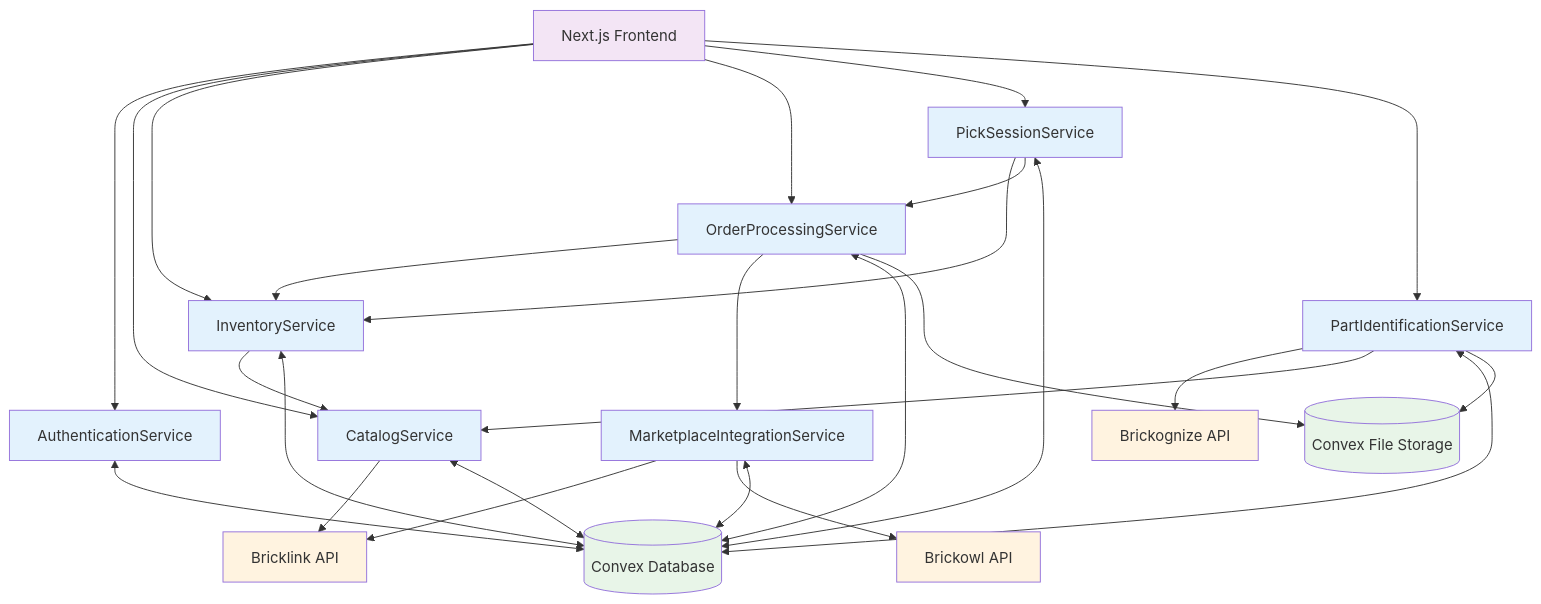
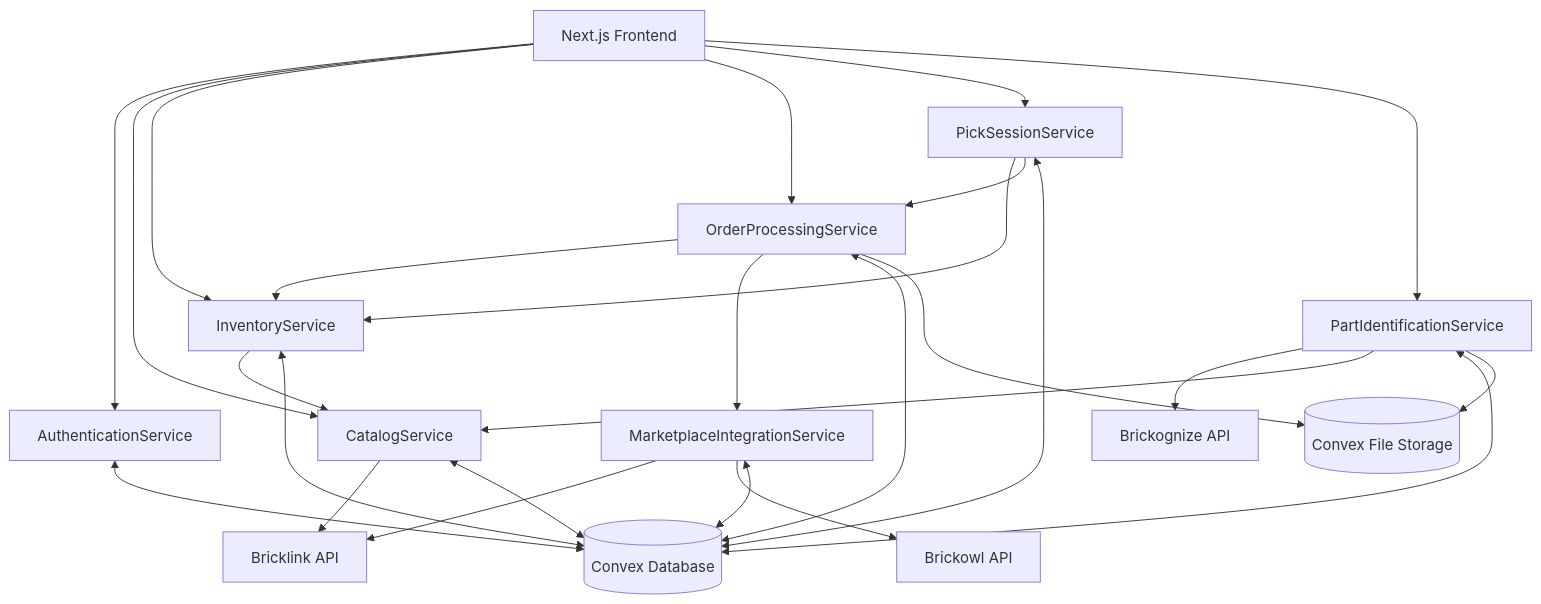
One commit to 1benisin/brickops changed the diagram in docs/architecture/components.md. Above: the diagram before and after it, drawn with Mermaid. The commit also changed other lines of this file and 50 other files, not shown here.

````diff
--- a/docs/architecture/components.md
+++ b/docs/architecture/components.md
@@ -189,66 +41,48 @@
 ```mermaid
 graph TB
-    %% External Systems
     UI[Next.js Frontend]
     BrickognizeAPI[Brickognize API]
     BricklinkAPI[Bricklink API]
     BrickowlAPI[Brickowl API]
 
-    %% Core Services
     AuthService[AuthenticationService]
     CatalogService[CatalogService]
     InventoryService[InventoryService]
     MarketplaceService[MarketplaceIntegrationService]
     OrderService[OrderProcessingService]
     PickService[PickSessionService]
     IdentificationService[PartIdentificationService]
 
-    %% Data Layer
     ConvexDB[(Convex Database)]
     ConvexFiles[(Convex File Storage)]
 
-    %% UI Connections
     UI --> AuthService
     UI --> CatalogService
     UI --> InventoryService
     UI --> OrderService
     UI --> PickService
     UI --> IdentificationService
 
-    %% Service Dependencies
     CatalogService --> BricklinkAPI
     IdentificationService --> BrickognizeAPI
     MarketplaceService --> BricklinkAPI
     MarketplaceService --> BrickowlAPI
 
-    %% Internal Service Dependencies
     InventoryService --> CatalogService
     OrderService --> InventoryService
     OrderService --> MarketplaceService
     PickService --> InventoryService
     PickService --> OrderService
     IdentificationService --> CatalogService
 
-    %% Data Access
     AuthService <--> ConvexDB
     CatalogService <--> ConvexDB
     InventoryService <--> ConvexDB
     MarketplaceService <--> ConvexDB
     OrderService <--> ConvexDB
     PickService <--> ConvexDB
     IdentificationService <--> ConvexDB
 
     IdentificationService --> ConvexFiles
     OrderService --> ConvexFiles
-
-    %% Styling
-    classDef service fill:#e3f2fd
-    classDef external fill:#fff3e0
-    classDef data fill:#e8f5e8
-    classDef ui fill:#f3e5f5
-
-    class AuthService,CatalogService,InventoryService,MarketplaceService,OrderService,PickService,IdentificationService service
-    class BrickognizeAPI,BricklinkAPI,BrickowlAPI external
-    class ConvexDB,ConvexFiles data
-    class UI ui
 ```
````
